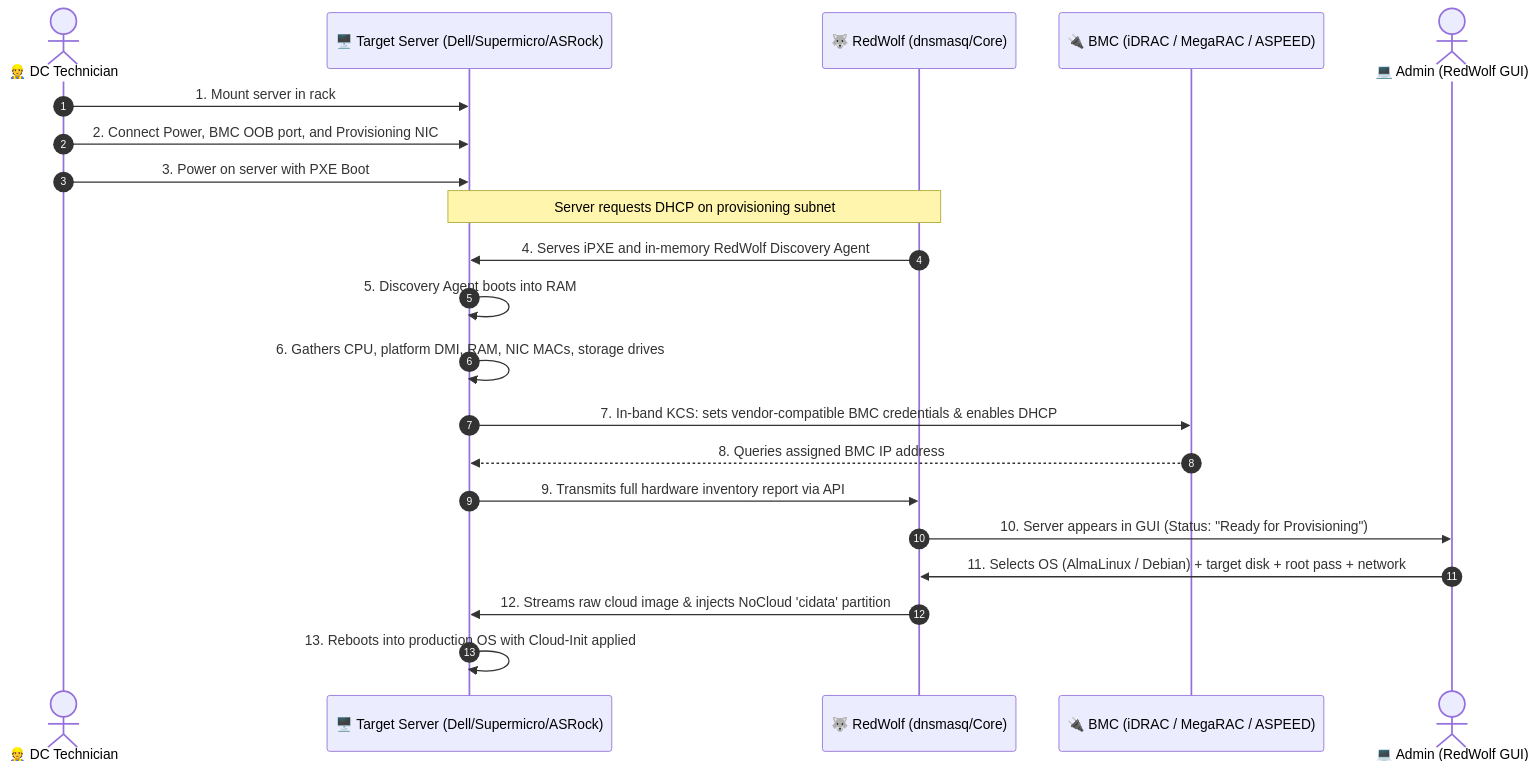
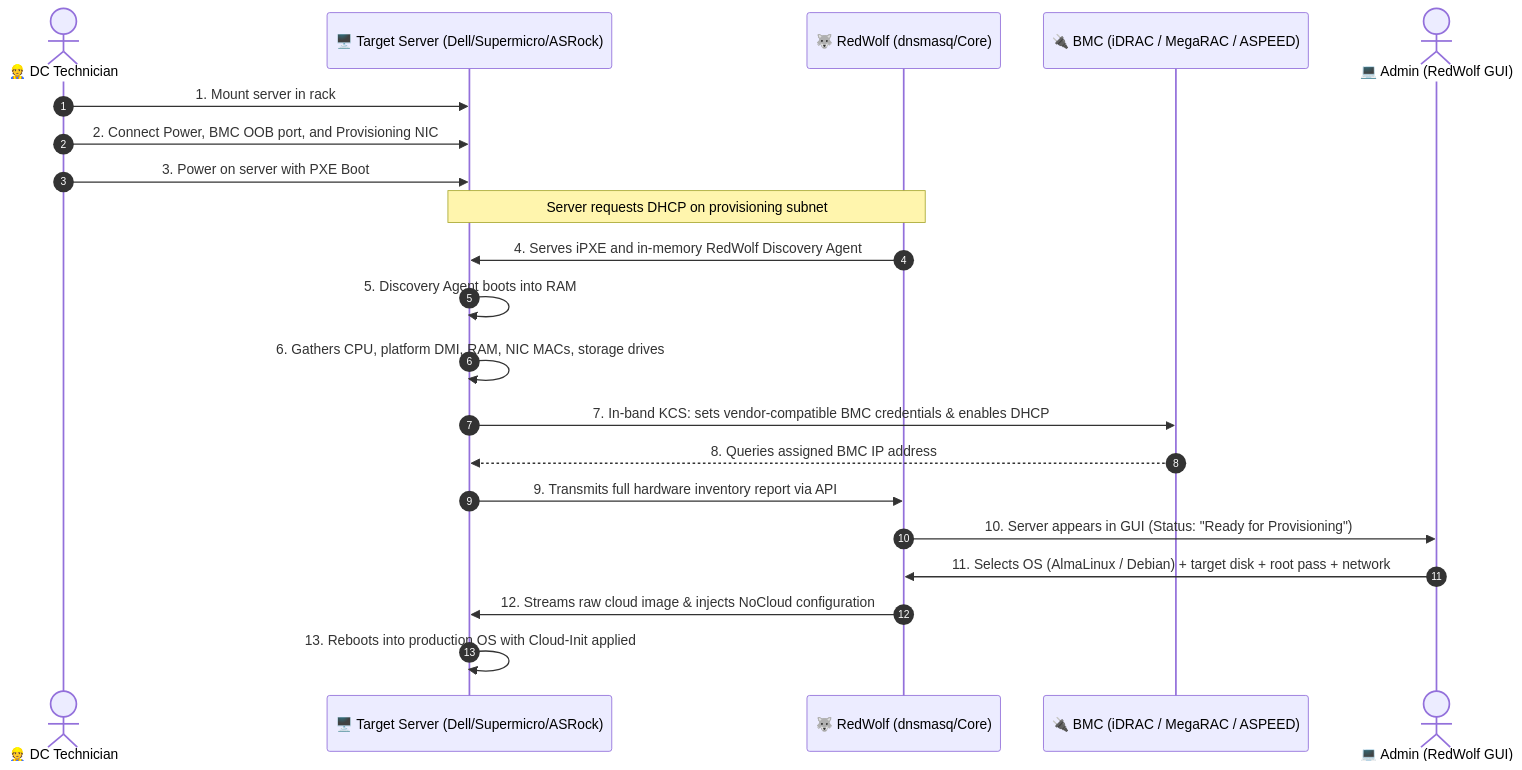
One commit to TensorDriftStudio/RedWolf changed the diagram in README.md. Above: the diagram before and after it, drawn with Mermaid. The commit also changed other lines of this file and 109 other files, not shown here.

````diff
--- a/README.md
+++ b/README.md
@@ -34,24 +35,24 @@
 ```mermaid
 sequenceDiagram
     autonumber
     actor Tech as 👷 DC Technician
     participant Srv as 🖥️ Target Server (Dell/Supermicro/ASRock)
     participant RW as 🐺 RedWolf (dnsmasq/Core)
     participant BMC as 🔌 BMC (iDRAC / MegaRAC / ASPEED)
     actor Admin as 💻 Admin (RedWolf GUI)
 
     Tech->>Srv: 1. Mount server in rack
     Tech->>Srv: 2. Connect Power, BMC OOB port, and Provisioning NIC
     Tech->>Srv: 3. Power on server with PXE Boot
     Note over Srv,RW: Server requests DHCP on provisioning subnet
     RW->>Srv: 4. Serves iPXE and in-memory RedWolf Discovery Agent
     Srv->>Srv: 5. Discovery Agent boots into RAM
     Srv->>Srv: 6. Gathers CPU, platform DMI, RAM, NIC MACs, storage drives
     Srv->>BMC: 7. In-band KCS: sets vendor-compatible BMC credentials & enables DHCP
     BMC-->>Srv: 8. Queries assigned BMC IP address
     Srv->>RW: 9. Transmits full hardware inventory report via API
     RW->>Admin: 10. Server appears in GUI (Status: "Ready for Provisioning")
     Admin->>RW: 11. Selects OS (AlmaLinux / Debian) + target disk + root pass + network
-    RW->>Srv: 12. Streams raw cloud image & injects NoCloud 'cidata' partition
+    RW->>Srv: 12. Streams raw cloud image & injects NoCloud configuration
     Srv->>Srv: 13. Reboots into production OS with Cloud-Init applied
 ```
````
